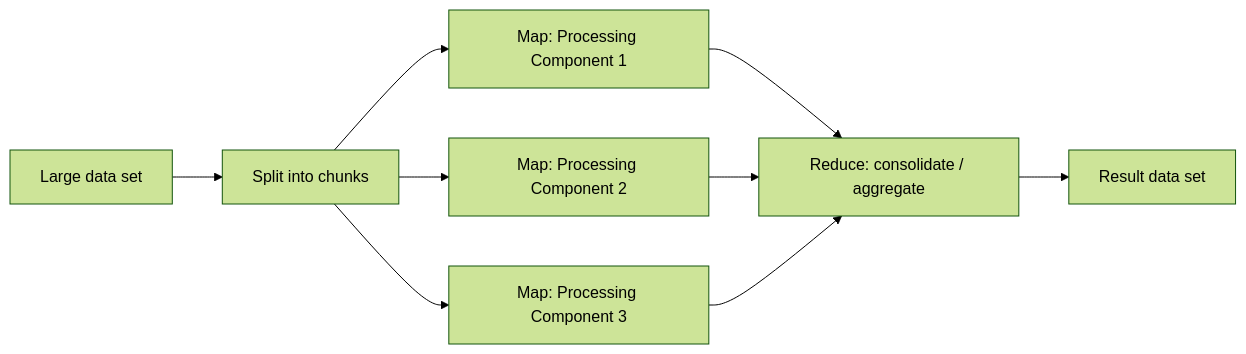
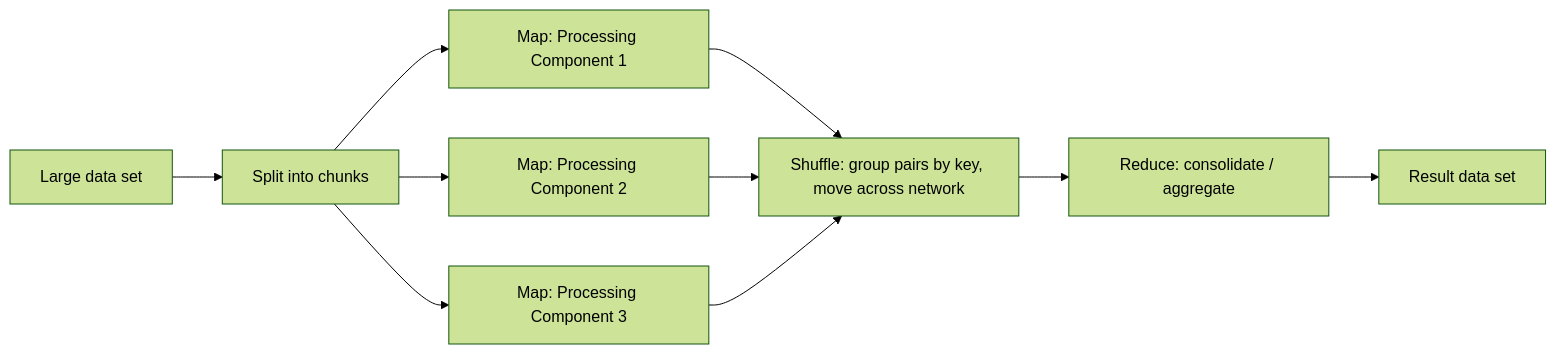
Before and after one commit to PaulSayantan/grokking-interview: the fifth of 5 diagrams in topics/system-design/ccp-offerings-compute-elasticity/concepts.md, drawn with Mermaid (forest theme). The commit also changed other lines of this file and 61 other files, not shown here.

````diff
--- a/topics/system-design/ccp-offerings-compute-elasticity/concepts.md
+++ b/topics/system-design/ccp-offerings-compute-elasticity/concepts.md
@@ -351,11 +361,12 @@
 ```mermaid
 flowchart LR
   D["Large data set"] --> S["Split into chunks"]
   S --> M1["Map: Processing Component 1"]
   S --> M2["Map: Processing Component 2"]
   S --> M3["Map: Processing Component 3"]
-  M1 --> R["Reduce: consolidate / aggregate"]
-  M2 --> R
-  M3 --> R
+  M1 --> SH["Shuffle: group pairs by key, move across network"]
+  M2 --> SH
+  M3 --> SH
+  SH --> R["Reduce: consolidate / aggregate"]
   R --> O["Result data set"]
 ```
````
